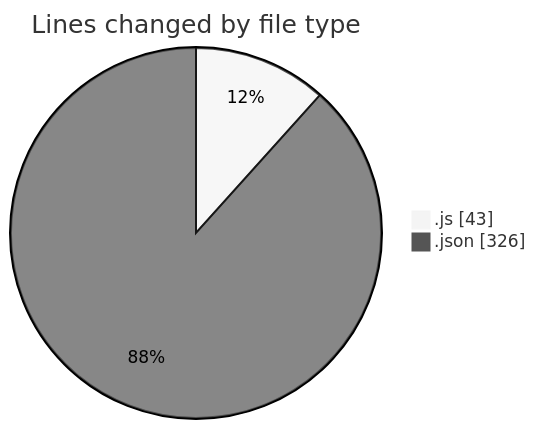
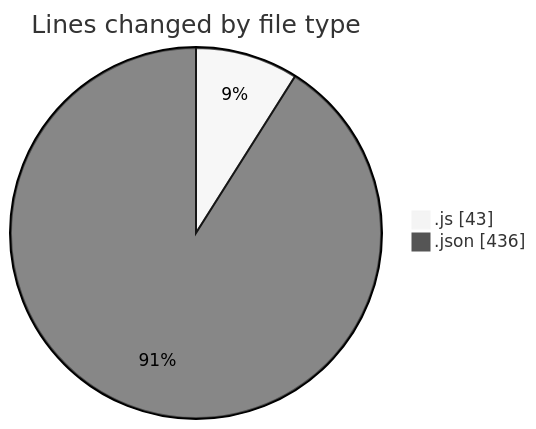
The first of 2 diagrams in 2026-08-02/zhenhe-internet-hospital-patient-terminal/README.md (yexinjia/code-tracking), drawn with Mermaid (neutral theme) before and after one commit. The commit also changed other lines of this file and 1 other file, not shown here.

````diff
--- a/2026-08-02/zhenhe-internet-hospital-patient-terminal/README.md
+++ b/2026-08-02/zhenhe-internet-hospital-patient-terminal/README.md
@@ -21,6 +21,6 @@
 ```mermaid
 pie showData
 title Lines changed by file type
 ".js" : 43
-".json" : 326
+".json" : 436
 ```
````
